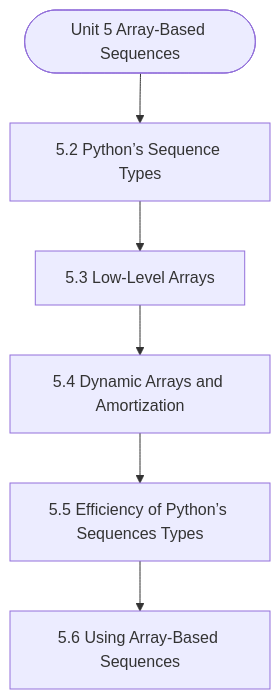
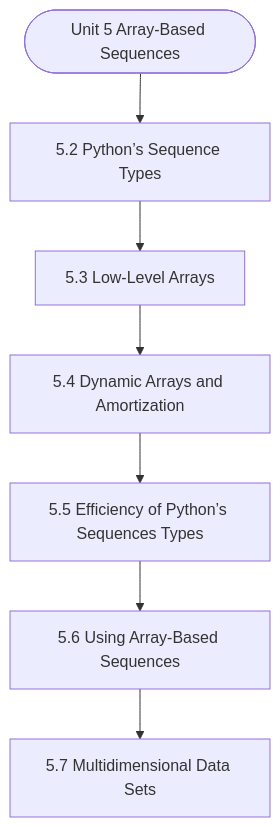
One commit to Asutosh-Coaching/mscdsa changed the diagram in notes/Semester_1/MCS-063_Data_Structures_using_Python/unit_05_Array-Based_Sequences.md. Above: the diagram before and after it, drawn with Mermaid. The commit also changed other lines of this file and 116 other files, not shown here.

````diff
--- a/notes/Semester_1/MCS-063_Data_Structures_using_Python/unit_05_Array-Based_Sequences.md
+++ b/notes/Semester_1/MCS-063_Data_Structures_using_Python/unit_05_Array-Based_Sequences.md
@@ -19,14 +19,16 @@
 ```mermaid
 flowchart TD
   Start(["Unit 5 Array-Based Sequences"])
   N1["5.2 Python’s Sequence Types"]
   N2["5.3 Low-Level Arrays"]
   N3["5.4 Dynamic Arrays and Amortization"]
   N4["5.5 Efficiency of Python’s Sequences Types"]
   N5["5.6 Using Array-Based Sequences"]
+  N6["5.7 Multidimensional Data Sets"]
   Start --> N1
   N1 --> N2
   N2 --> N3
   N3 --> N4
   N4 --> N5
+  N5 --> N6
 ```
````
